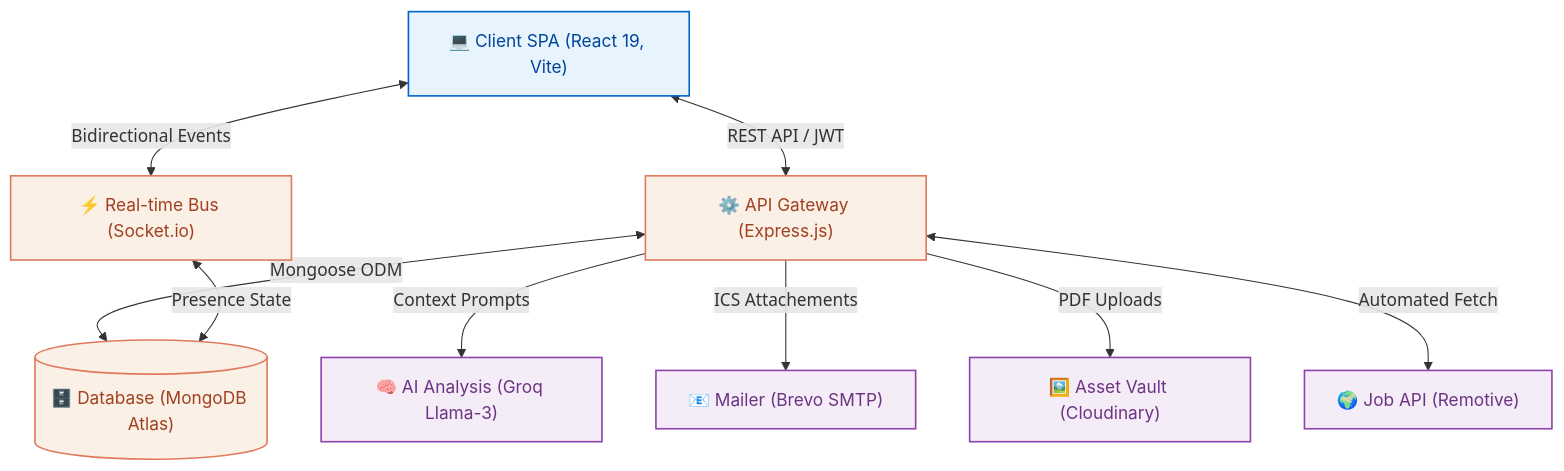
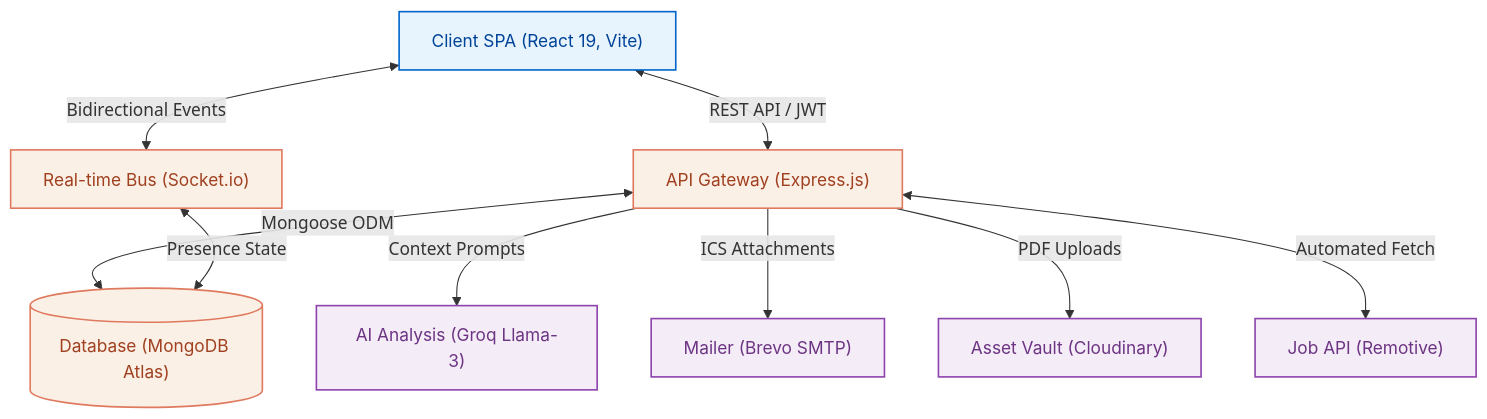
Before and after one commit to Abhijith-Sura/smart_placement_tracker: the first of 3 diagrams in README.md, drawn with Mermaid. The commit also changed other lines of this file and 2 other files, not shown here.

````diff
--- a/README.md
+++ b/README.md
@@ -31,28 +31,27 @@
 ```mermaid
 graph TD
-    %% Base Styling
     classDef client fill:#e8f4fd,stroke:#0066cc,stroke-width:1.5px,color:#004499,font-family:Inter;
     classDef server fill:#fbf0e6,stroke:#e07a5f,stroke-width:1.5px,color:#a04020,font-family:Inter;
     classDef external fill:#f4ecf7,stroke:#8e44ad,stroke-width:1.5px,color:#6c3483,font-family:Inter;
 
-    Client["💻 Client SPA (React 19, Vite)"]:::client
-    Gateway["⚙️ API Gateway (Express.js)"]:::server
-    DB[("🗄️ Database (MongoDB Atlas)")]:::server
-    Socket["⚡ Real-time Bus (Socket.io)"]:::server
+    Client["Client SPA (React 19, Vite)"]:::client
+    Gateway["API Gateway (Express.js)"]:::server
+    DB[("Database (MongoDB Atlas)")]:::server
+    Socket["Real-time Bus (Socket.io)"]:::server
     
-    Groq["🧠 AI Analysis (Groq Llama-3)"]:::external
-    Brevo["📧 Mailer (Brevo SMTP)"]:::external
-    Cloudinary["🖼️ Asset Vault (Cloudinary)"]:::external
-    Remotive["🌍 Job API (Remotive)"]:::external
+    Groq["AI Analysis (Groq Llama-3)"]:::external
+    Brevo["Mailer (Brevo SMTP)"]:::external
+    Cloudinary["Asset Vault (Cloudinary)"]:::external
+    Remotive["Job API (Remotive)"]:::external
 
     Client <-->|REST API / JWT| Gateway
     Client <-->|Bidirectional Events| Socket
     
     Gateway <-->|Mongoose ODM| DB
     Socket <-->|Presence State| DB
     
     Gateway -->|Context Prompts| Groq
-    Gateway -->|ICS Attachements| Brevo
+    Gateway -->|ICS Attachments| Brevo
     Gateway -->|PDF Uploads| Cloudinary
     Gateway <-->|Automated Fetch| Remotive
 ```
````
